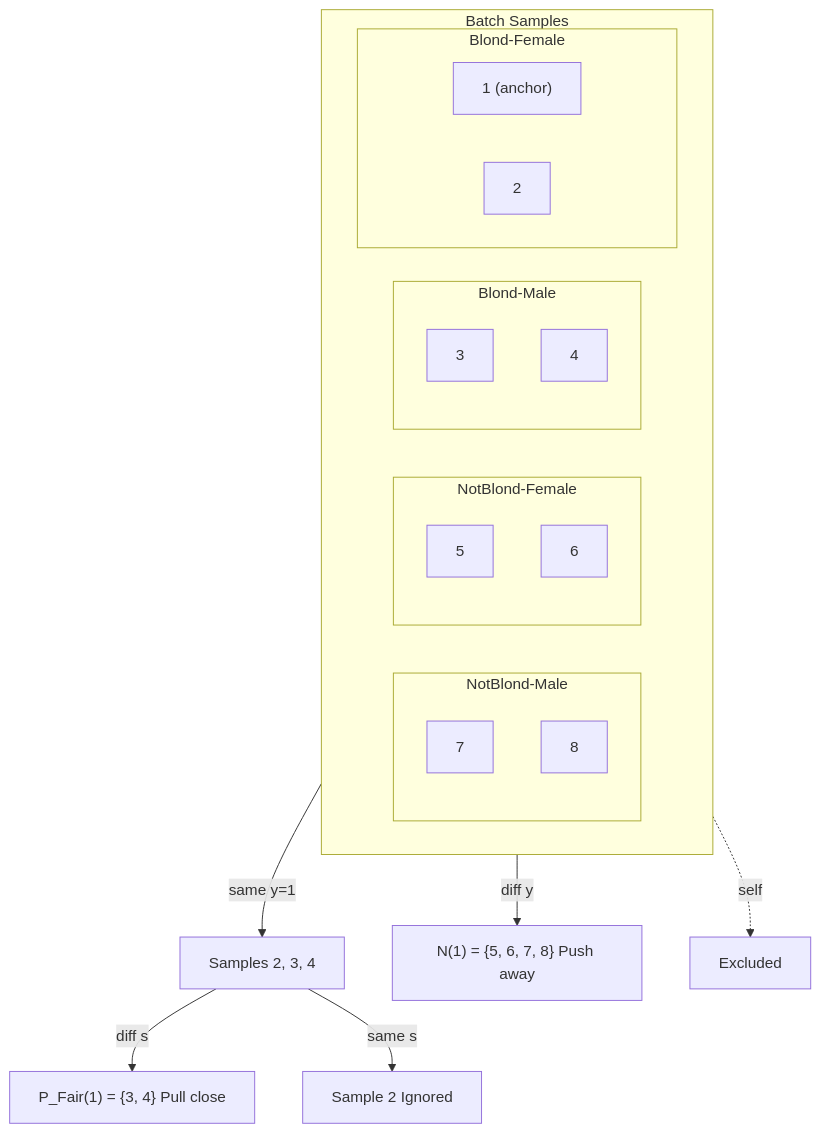
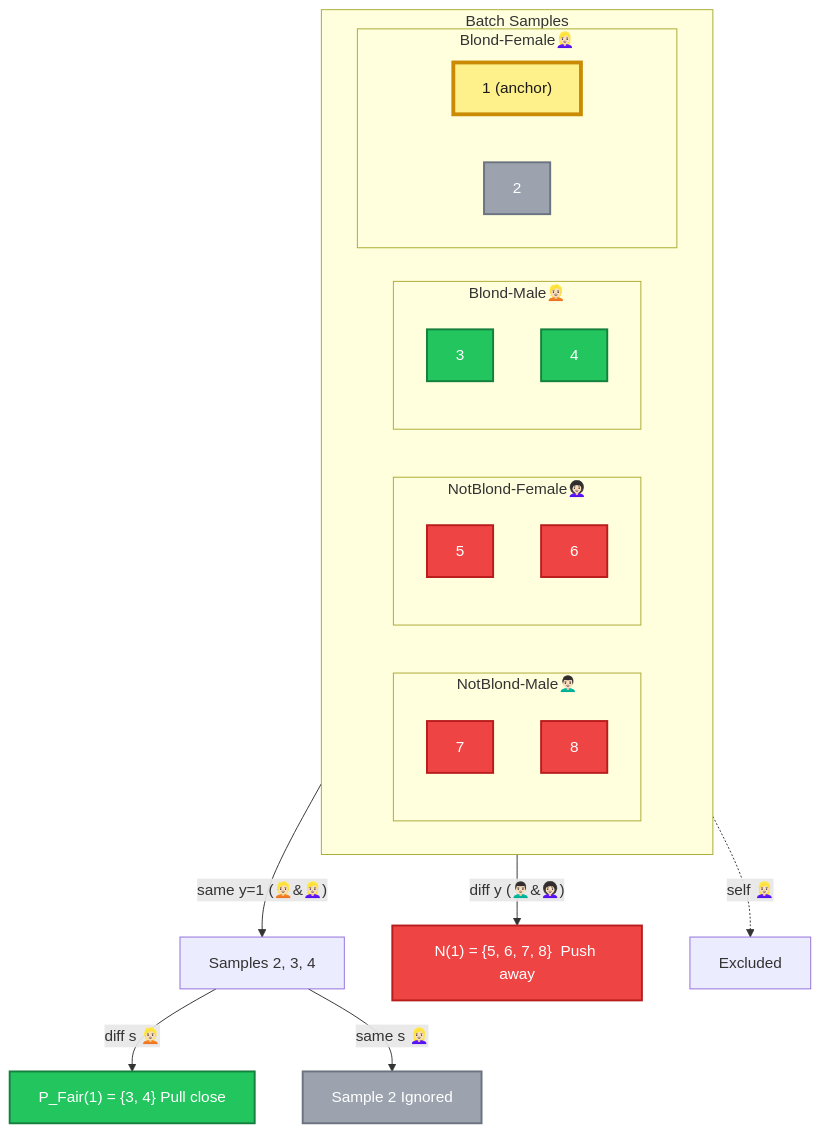
The diagram in README.md (chuaii/CelebA-Debias), drawn with Mermaid before and after one commit. The commit also changed other lines of this file, not shown here.

````diff
--- a/README.md
+++ b/README.md
@@ -109,30 +112,40 @@
 ```mermaid
 flowchart TB
     subgraph batch["Batch Samples"]
         direction LR
-        subgraph g4["NotBlond-Male"]
+        subgraph g4["NotBlond-Male👨🏻‍🦱"]
             i7["7"]
             i8["8"]
         end
-        subgraph g3["NotBlond-Female"]
+        subgraph g3["NotBlond-Female👩🏻‍🦱"]
             i5["5"]
             i6["6"]
         end
-        subgraph g2["Blond-Male"]
+        subgraph g2["Blond-Male👱🏻"]
             i3["3"]
             i4["4"]
         end
-        subgraph g1["Blond-Female"]
+        subgraph g1["Blond-Female👱🏻‍♀️"]
             i1["1 (anchor)"]
             i2["2"]
         end
     end
 
-    i1 -->|"same y=1"| SameY["Samples 2, 3, 4"]
-    SameY -->|"diff s"| PF["P_Fair(1) = {3, 4} Pull close"]
-    SameY -->|"same s"| IGN["Sample 2 Ignored"]
+    i1 -->|"same y=1 (👱🏻&👱🏻‍♀️)"| SameY["Samples 2, 3, 4 "]
+    SameY -->|"diff s 👱🏻"| PF["P_Fair(1) = {3, 4} Pull close"]
+    SameY -->|"same s 👱🏻‍♀️"| IGN["Sample 2 Ignored"]
 
-    i1 -->|"diff y"| N["N(1) = {5, 6, 7, 8} Push away"]
+    i1 -->|"diff y (👨🏻‍🦱&👩🏻‍🦱)"| N["N(1) = {5, 6, 7, 8}  Push away"]
 
-    i1 -.->|"self"| SELF["Excluded"]
+    i1 -.->|"self 👱🏻‍♀️"| SELF["Excluded"]
+
+    classDef anchor fill:#fef08a,stroke:#ca8a04,stroke-width:4px,color:#1c1917
+    classDef pfair fill:#22c55e,stroke:#15803d,stroke-width:2px,color:#fff
+    classDef ignored fill:#9ca3af,stroke:#6b7280,stroke-width:2px,color:#fff
+    classDef neg fill:#ef4444,stroke:#b91c1c,stroke-width:2px,color:#fff
+
+    class i1 anchor
+    class i3,i4,PF pfair
+    class i2,IGN ignored
+    class i5,i6,i7,i8,N neg
 ```
````
